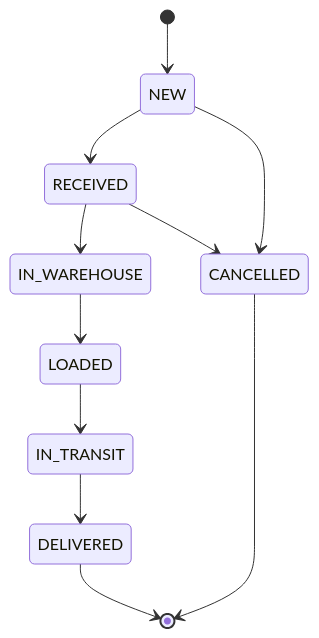
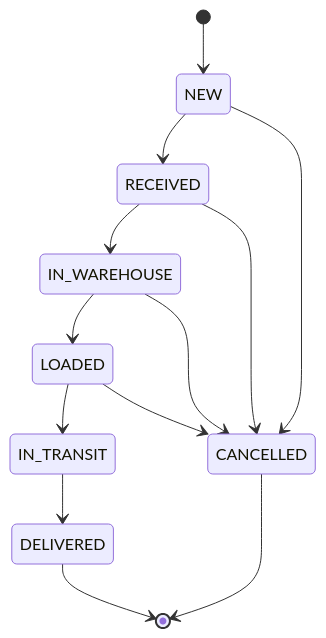
One commit to yuvasri12/logicore-backend changed the diagram in README.md. Above: the diagram before and after it, drawn with Mermaid. The commit also changed other lines of this file, not shown here.

````diff
--- a/README.md
+++ b/README.md
@@ -30,13 +32,15 @@
 ```mermaid
 stateDiagram-v2
     [*] --> NEW
     NEW --> RECEIVED
     RECEIVED --> IN_WAREHOUSE
     IN_WAREHOUSE --> LOADED
     LOADED --> IN_TRANSIT
     IN_TRANSIT --> DELIVERED
     NEW --> CANCELLED
     RECEIVED --> CANCELLED
+    IN_WAREHOUSE --> CANCELLED
+    LOADED --> CANCELLED
     DELIVERED --> [*]
     CANCELLED --> [*]
 ```
````
